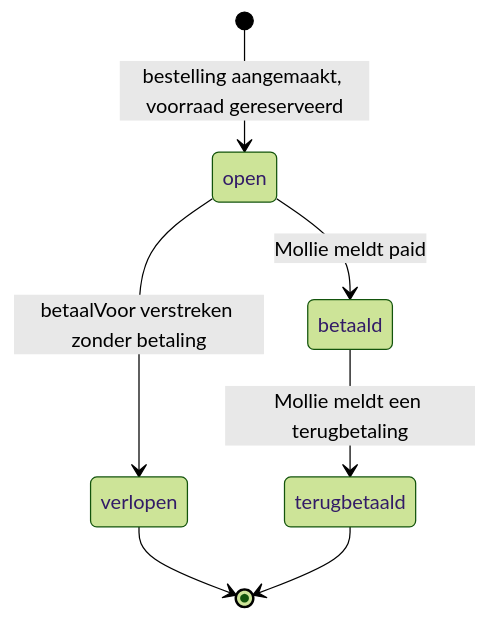
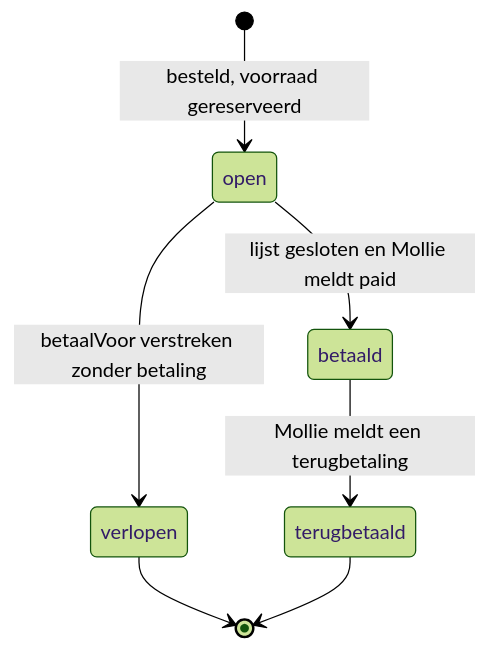
Before and after one commit to aidanvanlatestein-jpg/MarcsWijnClub: the diagram in docs/bouwspecificatie.md, drawn with Mermaid (forest theme). The commit also changed other lines of this file and 7 other files, not shown here.

````diff
--- a/docs/bouwspecificatie.md
+++ b/docs/bouwspecificatie.md
@@ -73,9 +75,9 @@
 ```mermaid
 stateDiagram-v2
-    [*] --> open: bestelling aangemaakt, voorraad gereserveerd
-    open --> betaald: Mollie meldt paid
+    [*] --> open: besteld, voorraad gereserveerd
+    open --> betaald: lijst gesloten en Mollie meldt paid
     open --> verlopen: betaalVoor verstreken zonder betaling
     betaald --> terugbetaald: Mollie meldt een terugbetaling
     verlopen --> [*]
     terugbetaald --> [*]
 ```
````
